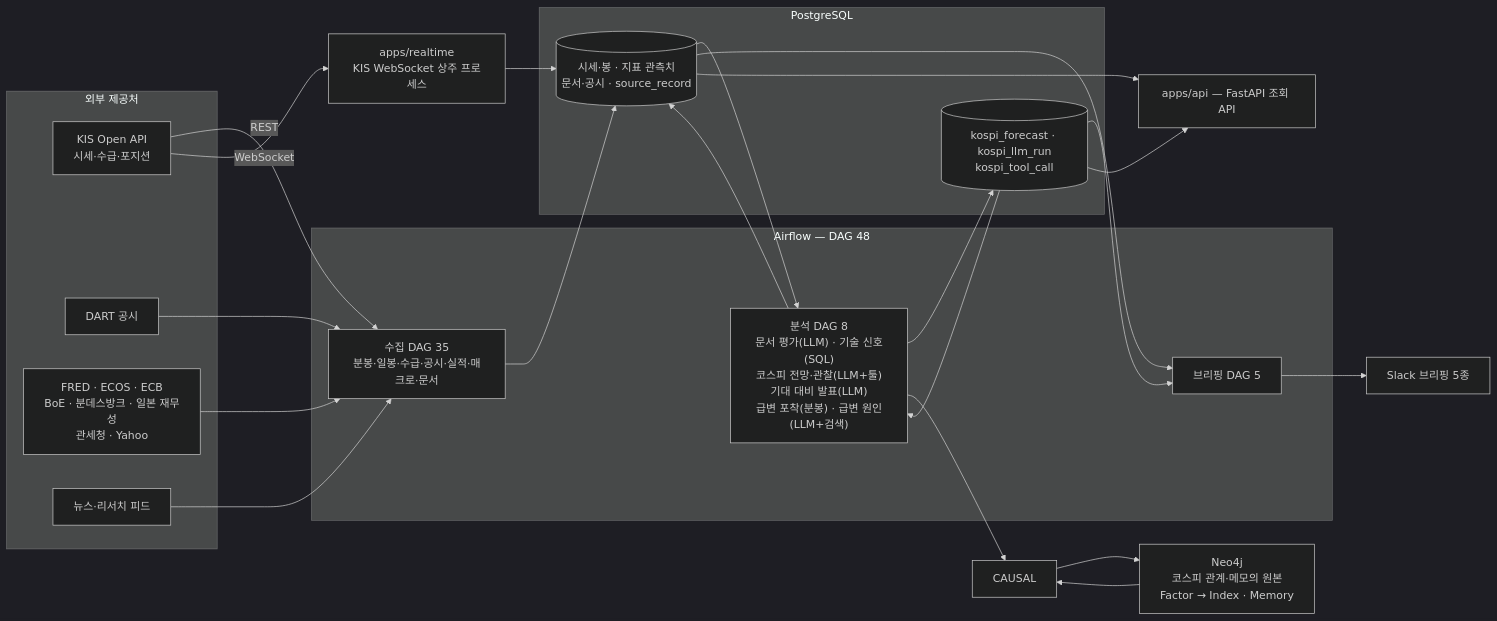
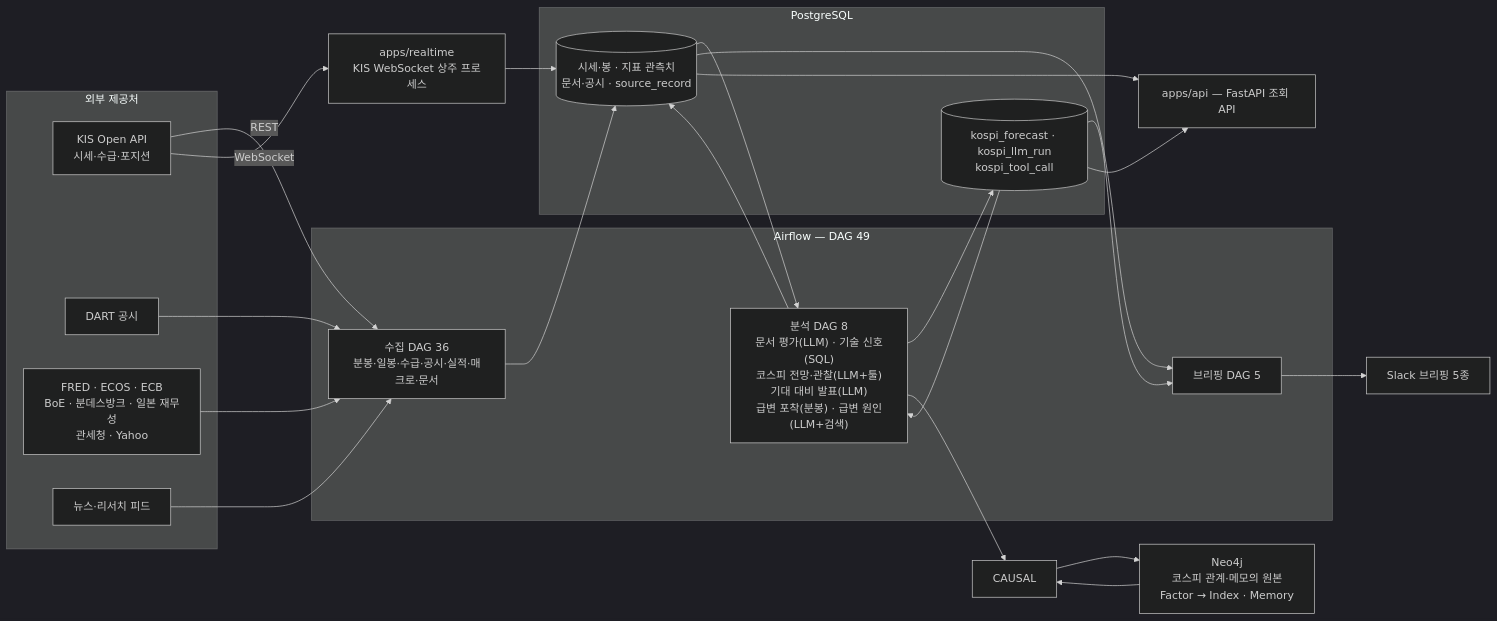
One commit to 6691a/finance changed the diagram in README.md. Above: the diagram before and after it, drawn with Mermaid (dark theme). The commit also changed other lines of this file and 17 other files, not shown here.

````diff
--- a/README.md
+++ b/README.md
@@ -29,49 +29,49 @@
 ```mermaid
 flowchart LR
     subgraph EXT["외부 제공처"]
         KIS["KIS Open API<br/>시세·수급·포지션"]
         DART["DART 공시"]
         MACRO["FRED · ECOS · ECB<br/>BoE · 분데스방크 · 일본 재무성<br/>관세청 · Yahoo"]
         FEED["뉴스·리서치 피드"]
     end
 
-    subgraph AF["Airflow — DAG 48"]
-        COL["수집 DAG 35<br/>분봉·일봉·수급·공시·실적·매크로·문서"]
+    subgraph AF["Airflow — DAG 49"]
+        COL["수집 DAG 36<br/>분봉·일봉·수급·공시·실적·매크로·문서"]
         ANA["분석 DAG 8<br/>문서 평가(LLM) · 기술 신호(SQL)<br/>코스피 전망·관찰(LLM+툴)<br/>기대 대비 발표(LLM)<br/>급변 포착(분봉) · 급변 원인(LLM+검색)"]
         BRF["브리핑 DAG 5"]
     end
 
     RT["apps/realtime<br/>KIS WebSocket 상주 프로세스"]
 
     subgraph DB["PostgreSQL"]
         FACT[("시세·봉 · 지표 관측치<br/>문서·공시 · source_record")]
         THESIS[("kospi_forecast · kospi_llm_run<br/>kospi_tool_call")]
     end
 
     GRAPH["Neo4j<br/>코스피 관계·메모의 원본<br/>Factor → Index · Memory"]
 
     SLACK["Slack 브리핑 5종"]
     API["apps/api — FastAPI 조회 API"]
 
     KIS -->|REST| COL
     DART --> COL
     MACRO --> COL
     FEED --> COL
     KIS -->|WebSocket| RT
 
     COL --> FACT
     RT --> FACT
     FACT --> ANA
     ANA --> FACT
     ANA --> THESIS
     THESIS --> ANA
     ANA --> CAUSAL
     CAUSAL --> GRAPH
     GRAPH --> CAUSAL
 
     FACT --> BRF
     THESIS --> BRF
     BRF --> SLACK
     THESIS --> API
     FACT --> API
 ```
````
